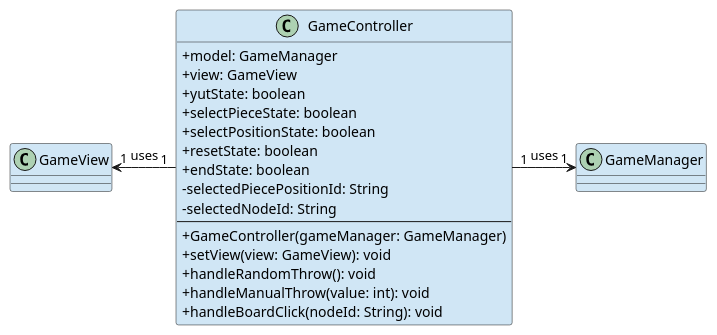
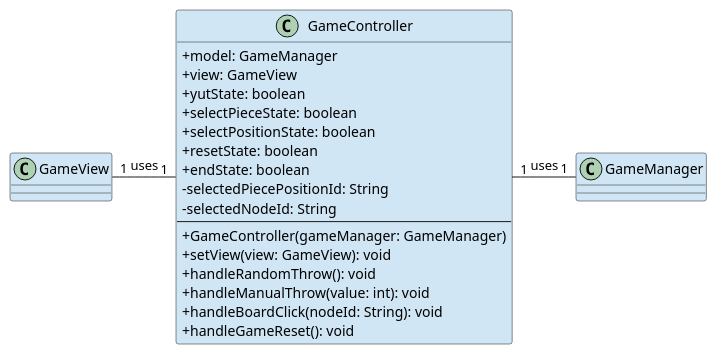
The diagram in diagrams/controller-class-diagram.puml (IISweetHeartII/CAU_Software_Engineering02_11), drawn with PlantUML before and after one commit. The commit also changed 4 other files, not shown here.

Commit message:
fix: 다이어그램 추가

```diff
--- a/diagrams/controller-class-diagram.puml
+++ b/diagrams/controller-class-diagram.puml
@@ -1,30 +1,31 @@
 @startuml controller-class-diagram.puml
 ' Controller Layer
 skinparam classAttributeIconSize 0
 skinparam classBackgroundColor #D0E6F5
 
 
 class GameController {
   + model: GameManager
   + view: GameView
   + yutState: boolean
   + selectPieceState: boolean
   + selectPositionState: boolean
   + resetState: boolean
   + endState: boolean
   - selectedPiecePositionId: String
   - selectedNodeId: String
   --
   + GameController(gameManager: GameManager)
   + setView(view: GameView): void
   + handleRandomThrow(): void
   + handleManualThrow(value: int): void
   + handleBoardClick(nodeId: String): void
+  + handleGameReset(): void
 }
 
 ' Relationships (to Model and View)
 
-GameController "1" -right-> "1" GameManager : uses
-GameController "1" -left-> "1" GameView : uses
+GameController "1" -right- "1" GameManager : uses
+GameController "1" -left- "1" GameView : uses
 
 @enduml 
```
